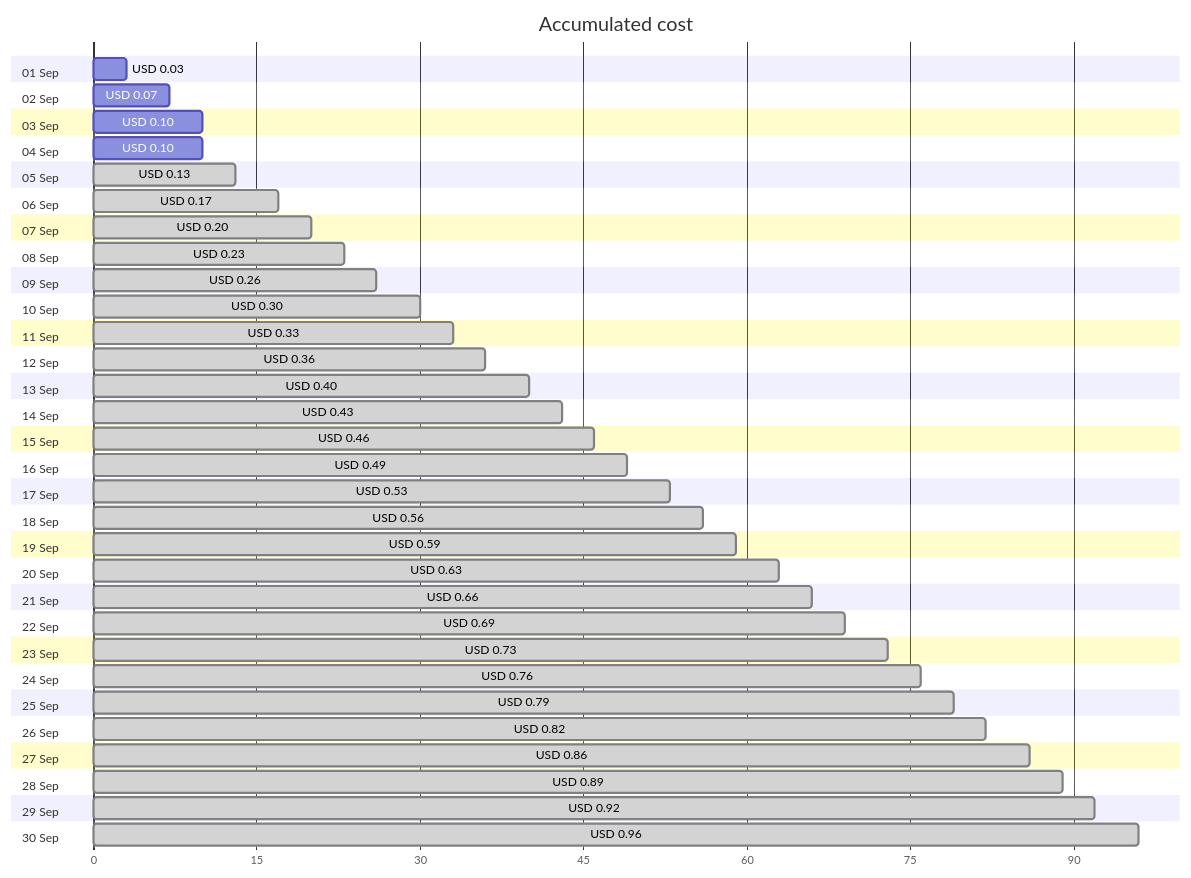
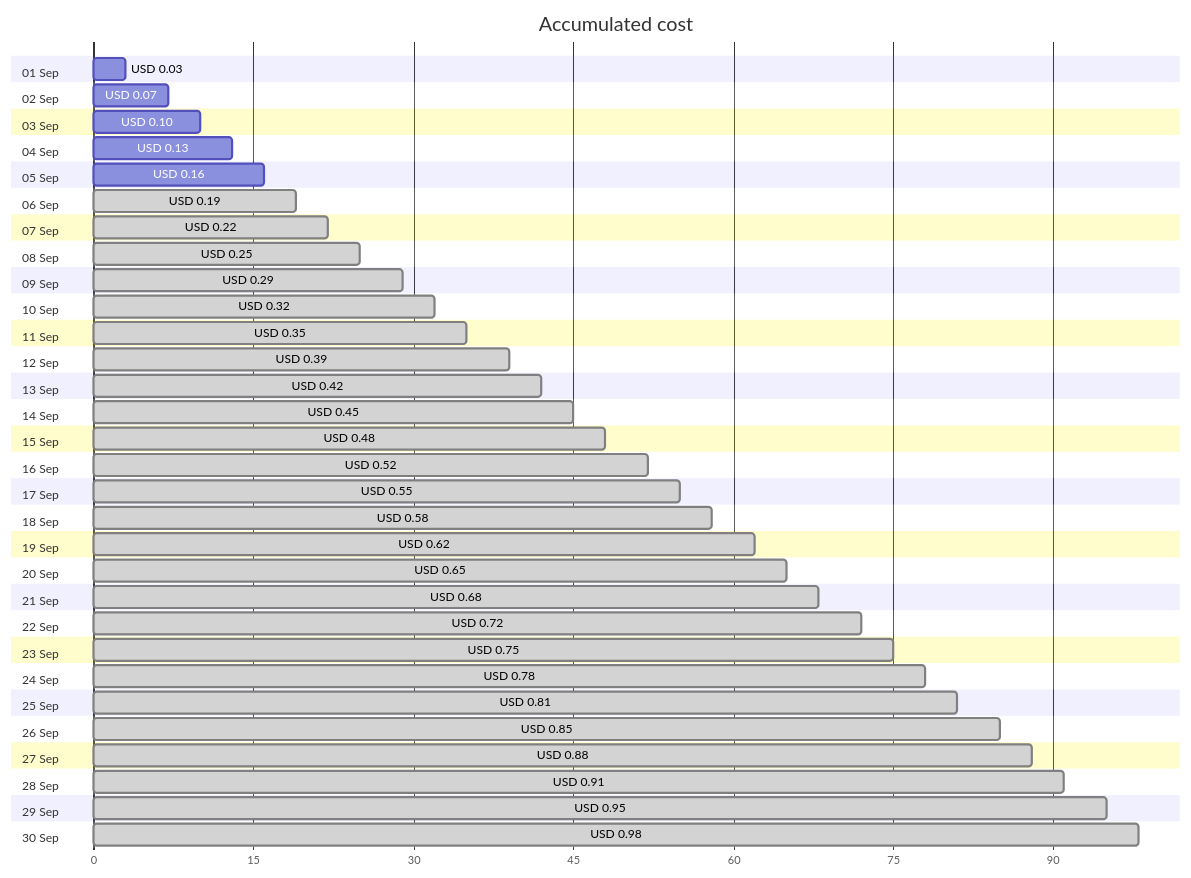
The first of 4 diagrams in cost-reports/personal-dns/README.md (jpfulton/azure-personal-reports), drawn with Mermaid before and after one commit. The commit also changed other lines of this file and 2 other files, not shown here.

Commit message:
Generated reports [skip ci]

````diff
--- a/cost-reports/personal-dns/README.md
+++ b/cost-reports/personal-dns/README.md
@@ -20,66 +20,66 @@
 ```mermaid
 gantt
    title Accumulated cost
    dateFormat  X
    axisFormat %s
    section 01 Sep
    USD 0.03 :0, 3
    section 02 Sep
    USD 0.07 :0, 7
    section 03 Sep
    USD 0.10 :0, 10
    section 04 Sep
-   USD 0.10 :0, 10
+   USD 0.13 :0, 13
    section 05 Sep
-   USD 0.13 : done, 0, 13
+   USD 0.16 :0, 16
    section 06 Sep
-   USD 0.17 : done, 0, 17
+   USD 0.19 : done, 0, 19
    section 07 Sep
-   USD 0.20 : done, 0, 20
+   USD 0.22 : done, 0, 22
    section 08 Sep
-   USD 0.23 : done, 0, 23
+   USD 0.25 : done, 0, 25
    section 09 Sep
-   USD 0.26 : done, 0, 26
+   USD 0.29 : done, 0, 29
    section 10 Sep
-   USD 0.30 : done, 0, 30
+   USD 0.32 : done, 0, 32
    section 11 Sep
-   USD 0.33 : done, 0, 33
+   USD 0.35 : done, 0, 35
    section 12 Sep
-   USD 0.36 : done, 0, 36
+   USD 0.39 : done, 0, 39
    section 13 Sep
-   USD 0.40 : done, 0, 40
+   USD 0.42 : done, 0, 42
    section 14 Sep
-   USD 0.43 : done, 0, 43
+   USD 0.45 : done, 0, 45
    section 15 Sep
-   USD 0.46 : done, 0, 46
+   USD 0.48 : done, 0, 48
    section 16 Sep
-   USD 0.49 : done, 0, 49
+   USD 0.52 : done, 0, 52
    section 17 Sep
-   USD 0.53 : done, 0, 53
+   USD 0.55 : done, 0, 55
    section 18 Sep
-   USD 0.56 : done, 0, 56
+   USD 0.58 : done, 0, 58
    section 19 Sep
-   USD 0.59 : done, 0, 59
+   USD 0.62 : done, 0, 62
    section 20 Sep
-   USD 0.63 : done, 0, 63
+   USD 0.65 : done, 0, 65
    section 21 Sep
-   USD 0.66 : done, 0, 66
+   USD 0.68 : done, 0, 68
    section 22 Sep
-   USD 0.69 : done, 0, 69
+   USD 0.72 : done, 0, 72
    section 23 Sep
-   USD 0.73 : done, 0, 73
+   USD 0.75 : done, 0, 75
    section 24 Sep
-   USD 0.76 : done, 0, 76
+   USD 0.78 : done, 0, 78
    section 25 Sep
-   USD 0.79 : done, 0, 79
+   USD 0.81 : done, 0, 81
    section 26 Sep
-   USD 0.82 : done, 0, 82
+   USD 0.85 : done, 0, 85
    section 27 Sep
-   USD 0.86 : done, 0, 86
+   USD 0.88 : done, 0, 88
    section 28 Sep
-   USD 0.89 : done, 0, 89
+   USD 0.91 : done, 0, 91
    section 29 Sep
-   USD 0.92 : done, 0, 92
+   USD 0.95 : done, 0, 95
    section 30 Sep
-   USD 0.96 : done, 0, 96
+   USD 0.98 : done, 0, 98
 ```
````
